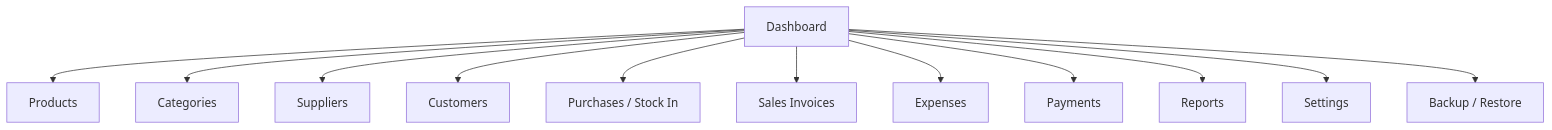
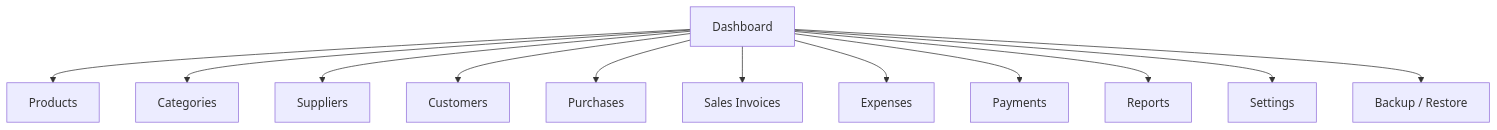
One commit to baderkothman/steel-inventory changed the second of 4 diagrams in SRS.md. Above: the diagram before and after it, drawn with Mermaid. The commit also changed other lines of this file and 40 other files, not shown here.

````diff
--- a/SRS.md
+++ b/SRS.md
@@ -84,14 +84,14 @@
 ```mermaid
 flowchart TD
     A[Dashboard] --> B[Products]
     A --> C[Categories]
     A --> D[Suppliers]
     A --> E[Customers]
-    A --> F[Purchases / Stock In]
+    A --> F[Purchases]
     A --> G[Sales Invoices]
     A --> H[Expenses]
     A --> I[Payments]
     A --> J[Reports]
     A --> K[Settings]
     A --> L[Backup / Restore]
 ```
````
